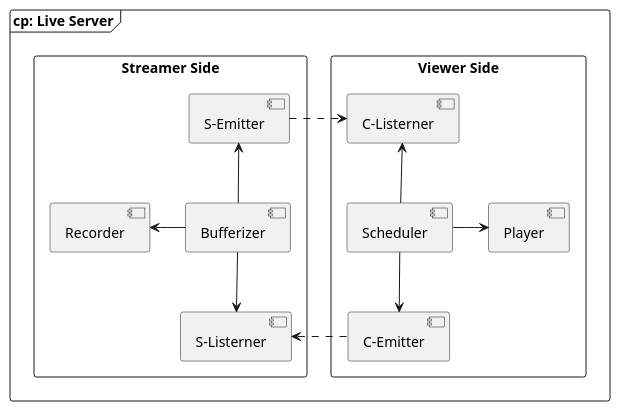
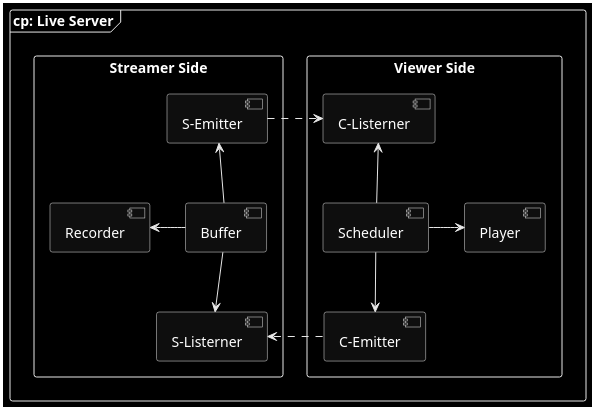
The diagram in models/6.Component/3.liveserver.puml (SSMM0498/arkad-conception), drawn with PlantUML before and after one commit. The commit also changed 63 other files, not shown here.

```diff
--- a/models/6.Component/3.liveserver.puml
+++ b/models/6.Component/3.liveserver.puml
@@ -1,21 +1,21 @@
 @startuml "Live Server Component Diagram"
 skinparam shadowing false
-skinparam monochrome true
+skinparam monochrome reverse
 
 frame "cp: Live Server" {
     rectangle "Viewer Side"{
         [Scheduler] -up-> [C-Listerner]
         [Scheduler] -down-> [C-Emitter]
         [Scheduler] -right-> [Player]
     }
     rectangle "Streamer Side"{
-        [Bufferizer] -up-> [S-Emitter]
-        [Bufferizer] -down-> [S-Listerner]
-        [Bufferizer] -left-> [Recorder]
+        [Buffer] -up-> [S-Emitter]
+        [Buffer] -down-> [S-Listerner]
+        [Buffer] -left-> [Recorder]
     }
 
     [C-Listerner] <.left. [S-Emitter]
     [S-Listerner] <.right. [C-Emitter]
 }
 
 @enduml
```
